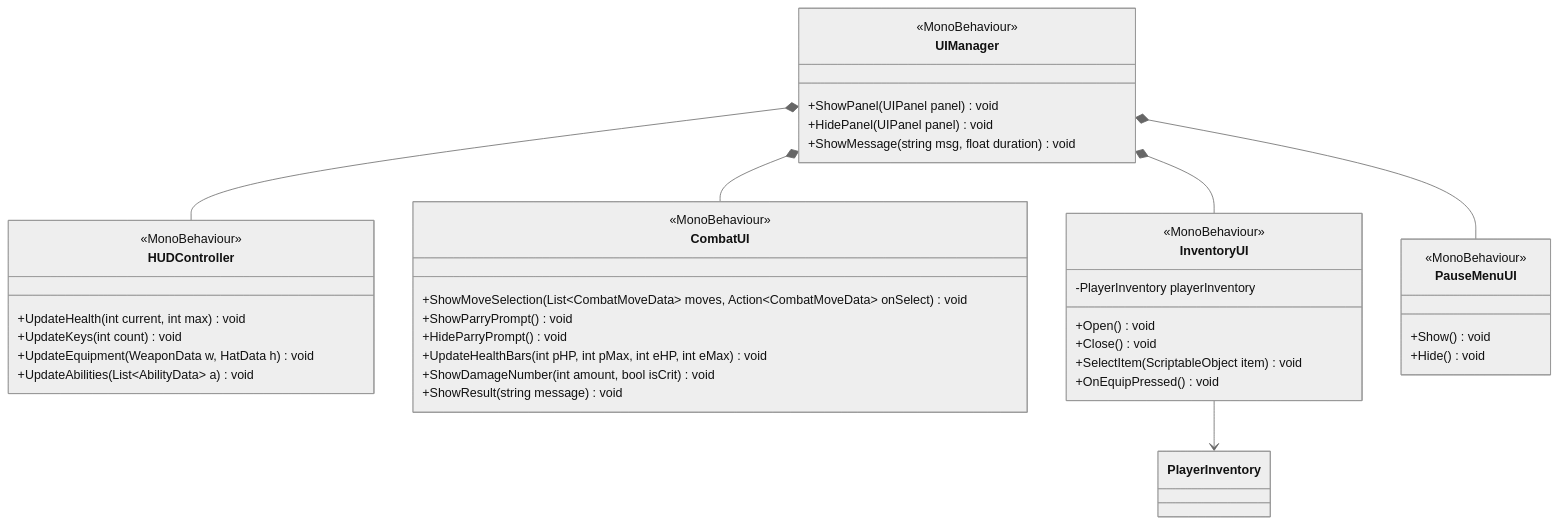
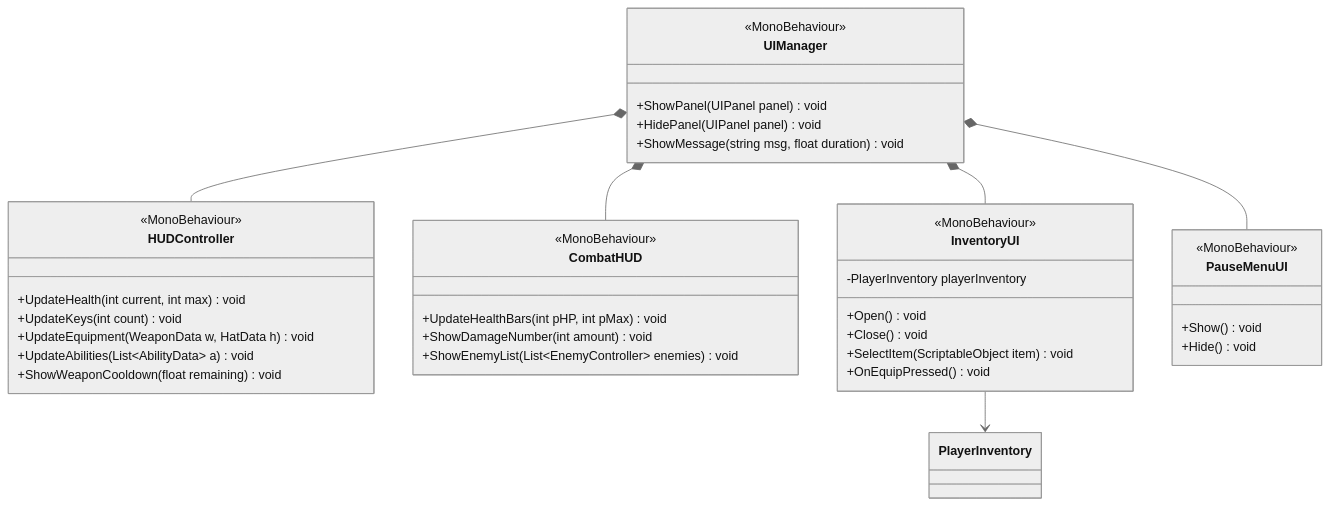
The eighth of 11 diagrams in Documentation/TECHNICAL_PLAN.md (ben-hollinger/speg_code), drawn with Mermaid (neutral theme) before and after one commit. The commit also changed other lines of this file, not shown here.

Commit message:
update TECHNICAL_PLAN.md for new bullet-hell-like combat system

````diff
--- a/Documentation/TECHNICAL_PLAN.md
+++ b/Documentation/TECHNICAL_PLAN.md
@@ -396,50 +419,48 @@
 ```mermaid
 classDiagram
     direction TB
 
     class UIManager {
         <<MonoBehaviour>>
         +ShowPanel(UIPanel panel) void
         +HidePanel(UIPanel panel) void
         +ShowMessage(string msg, float duration) void
     }
 
     class HUDController {
         <<MonoBehaviour>>
         +UpdateHealth(int current, int max) void
         +UpdateKeys(int count) void
         +UpdateEquipment(WeaponData w, HatData h) void
         +UpdateAbilities(List~AbilityData~ a) void
+        +ShowWeaponCooldown(float remaining) void
     }
 
-    class CombatUI {
+    class CombatHUD {
         <<MonoBehaviour>>
-        +ShowMoveSelection(List~CombatMoveData~ moves, Action~CombatMoveData~ onSelect) void
-        +ShowParryPrompt() void
-        +HideParryPrompt() void
-        +UpdateHealthBars(int pHP, int pMax, int eHP, int eMax) void
-        +ShowDamageNumber(int amount, bool isCrit) void
-        +ShowResult(string message) void
+        +UpdateHealthBars(int pHP, int pMax) void
+        +ShowDamageNumber(int amount) void
+        +ShowEnemyList(List~EnemyController~ enemies) void
     }
 
     class InventoryUI {
         <<MonoBehaviour>>
         -PlayerInventory playerInventory
         +Open() void
         +Close() void
         +SelectItem(ScriptableObject item) void
         +OnEquipPressed() void
     }
 
     class PauseMenuUI {
         <<MonoBehaviour>>
         +Show() void
         +Hide() void
     }
 
     UIManager *-- HUDController
-    UIManager *-- CombatUI
+    UIManager *-- CombatHUD
     UIManager *-- InventoryUI
     UIManager *-- PauseMenuUI
     InventoryUI --> PlayerInventory
 ```
````
